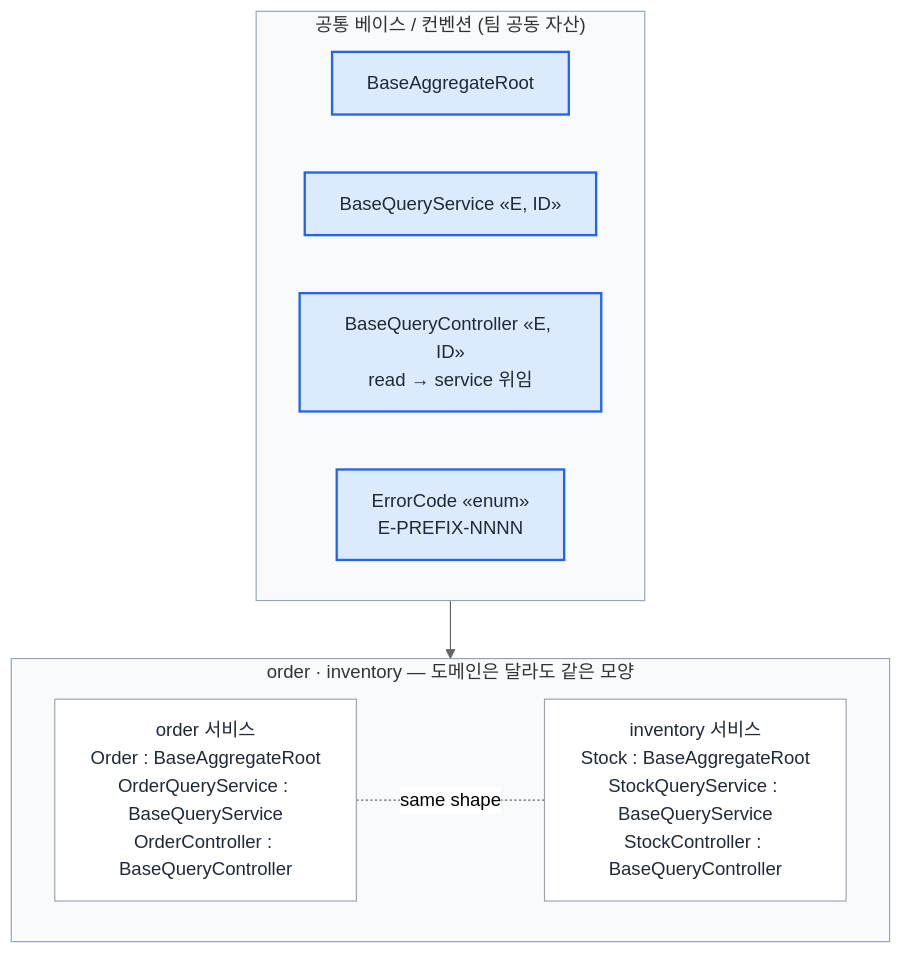
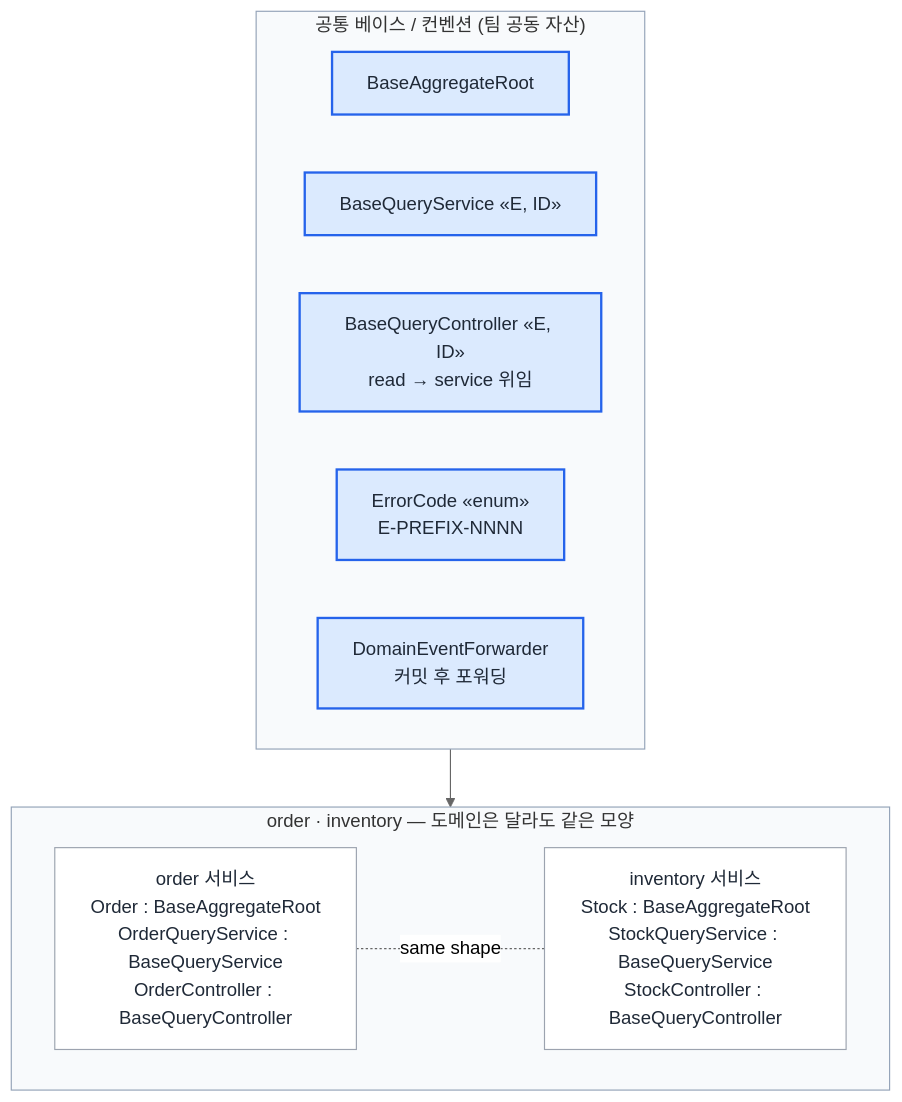
The first of 3 diagrams in README.md (ikswary/common-base-layer), drawn with Mermaid (neutral theme) before and after one commit. The commit also changed other lines of this file, not shown here.

````diff
--- a/README.md
+++ b/README.md
@@ -27,23 +27,24 @@
 ```mermaid
 flowchart TB
     subgraph Common["공통 베이스 / 컨벤션 (팀 공동 자산)"]
         direction LR
         BAR["BaseAggregateRoot"]
         BQS["BaseQueryService «E, ID»"]
         BQC["BaseQueryController «E, ID»<br/>read → service 위임"]
         EC["ErrorCode «enum»<br/>E-PREFIX-NNNN"]
+        DEF["DomainEventForwarder<br/>커밋 후 포워딩"]
     end
     subgraph Services["order · inventory — 도메인은 달라도 같은 모양"]
         direction LR
         Order["order 서비스<br/>Order : BaseAggregateRoot<br/>OrderQueryService : BaseQueryService<br/>OrderController : BaseQueryController"]
         Inv["inventory 서비스<br/>Stock : BaseAggregateRoot<br/>StockQueryService : BaseQueryService<br/>StockController : BaseQueryController"]
         Order -. same shape .- Inv
     end
     Common --> Services
     style Common fill:#f8fafc,stroke:#94a3b8;
     style Services fill:#f8fafc,stroke:#94a3b8;
     classDef base fill:#dbeafe,stroke:#2563eb,stroke-width:2px,color:#1f2937;
     classDef svc fill:#ffffff,stroke:#9ca3af,color:#1f2937;
-    class BAR,BQS,BQC,EC base;
+    class BAR,BQS,BQC,EC,DEF base;
     class Order,Inv svc;
 ```
````
